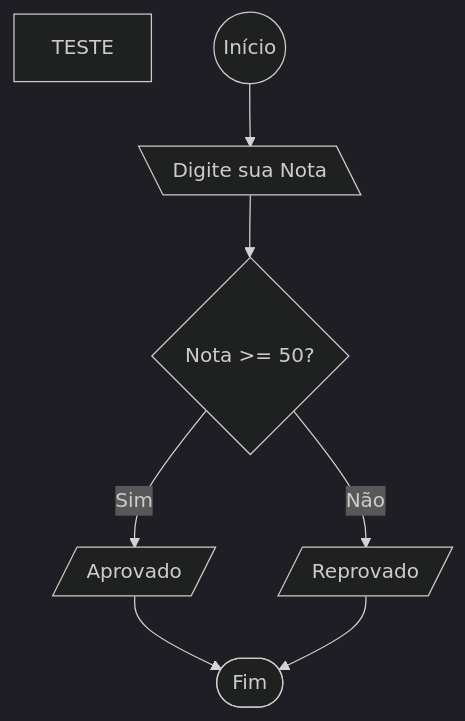
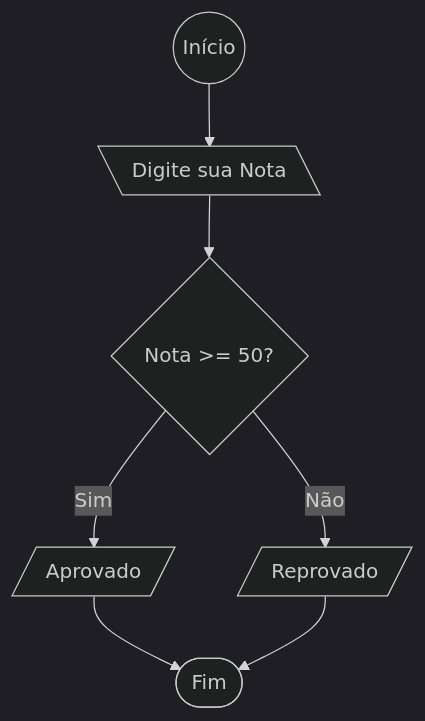
One commit to Joao-Pedro-Matias/LP-Joao_Matias changed the first of 10 diagrams in Listas de Exercícios/LP_Lista_01/README.md. Above: the diagram before and after it, drawn with Mermaid (dark theme). The commit also changed other lines of this file, not shown here.

````diff
--- a/Listas de Exercícios/LP_Lista_01/README.md
+++ b/Listas de Exercícios/LP_Lista_01/README.md
@@ -21,11 +21,10 @@
     ```mermaid
    
     flowchart TD
-         TESTE
         start(( Início )) --> input[\ Digite sua Nota \]
         input --> verification{ Nota >= 50? }
         verification --> |Sim| A[/ Aprovado /]
         verification --> |Não| B[/ Reprovado /]
         A --> finish([ Fim ])
         B --> finish
     ```
````
